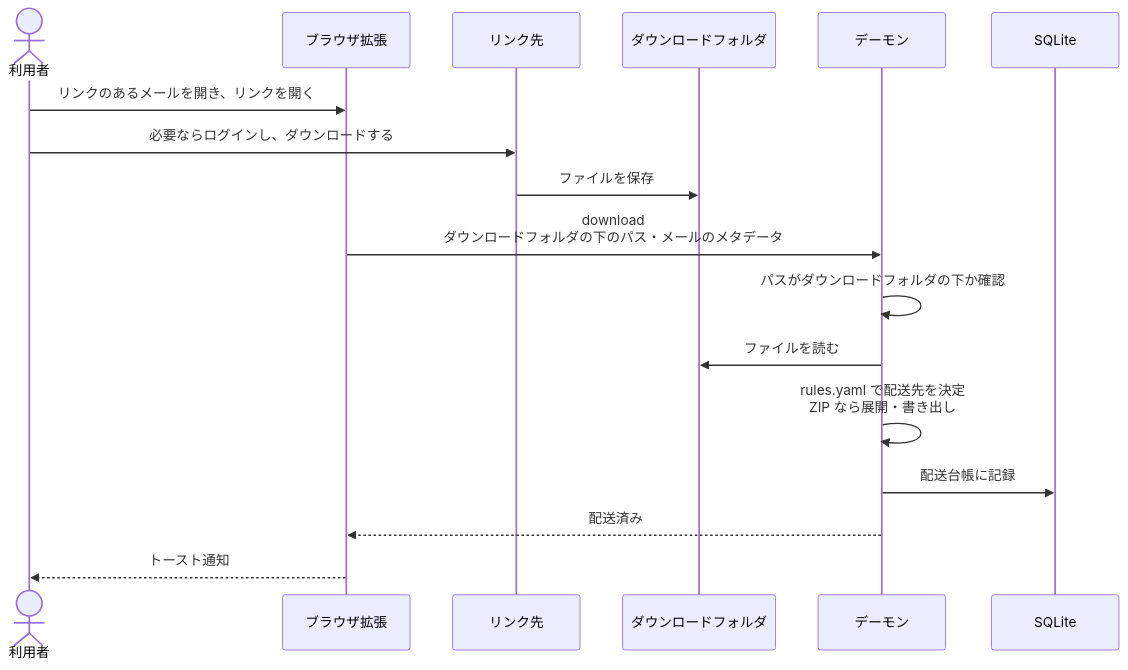
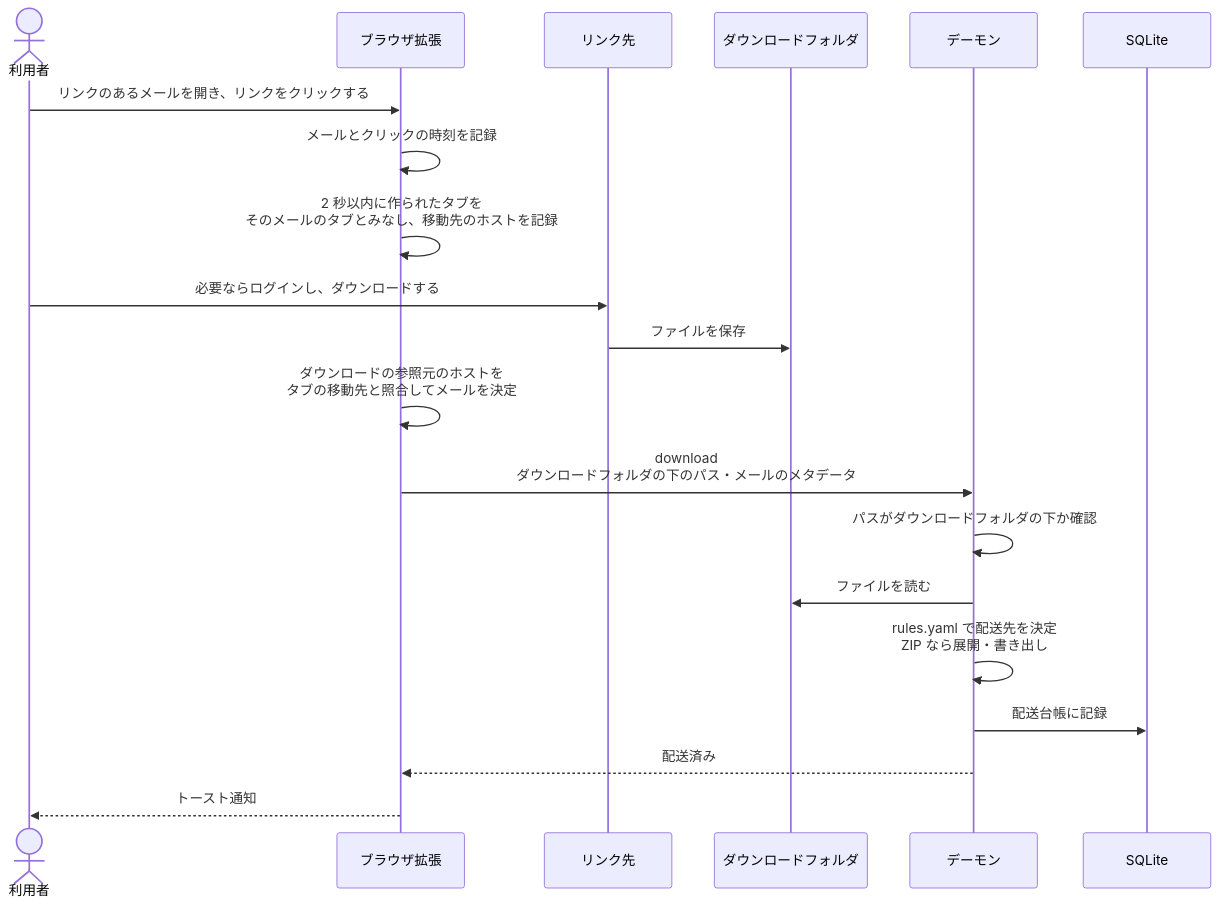
One commit to ShortArrow/ppapd changed the fourth of 5 diagrams in docs/ARCHITECTURE.md. Above: the diagram before and after it, drawn with Mermaid. The commit also changed other lines of this file and 2 other files, not shown here.

Commit message:
docs: 本文のリンクからのダウンロードをクリック、タブ、参照元でメールと対応付ける
PoC で、openerTabId は当てにできず、ダウンロードの参照元のホストはリンクを開いたタブの移動先と OneDrive でも Google Drive でも一致したため。

````diff
--- a/docs/ARCHITECTURE.md
+++ b/docs/ARCHITECTURE.md
@@ -104,20 +104,23 @@
 ```mermaid
 sequenceDiagram
     actor U as 利用者
     participant US as ブラウザ拡張
     participant L as リンク先
     participant DL as ダウンロードフォルダ
     participant D as デーモン
     participant DB as SQLite
 
-    U->>US: リンクのあるメールを開き、リンクを開く
+    U->>US: リンクのあるメールを開き、リンクをクリックする
+    US->>US: メールとクリックの時刻を記録
+    US->>US: 2 秒以内に作られたタブを<br/>そのメールのタブとみなし、移動先のホストを記録
     U->>L: 必要ならログインし、ダウンロードする
     L->>DL: ファイルを保存
+    US->>US: ダウンロードの参照元のホストを<br/>タブの移動先と照合してメールを決定
     US->>D: download<br/>ダウンロードフォルダの下のパス・メールのメタデータ
     D->>D: パスがダウンロードフォルダの下か確認
     D->>DL: ファイルを読む
     D->>D: rules.yaml で配送先を決定<br/>ZIP なら展開・書き出し
     D->>DB: 配送台帳に記録
     D-->>US: 配送済み
     US-->>U: トースト通知
 ```
````
